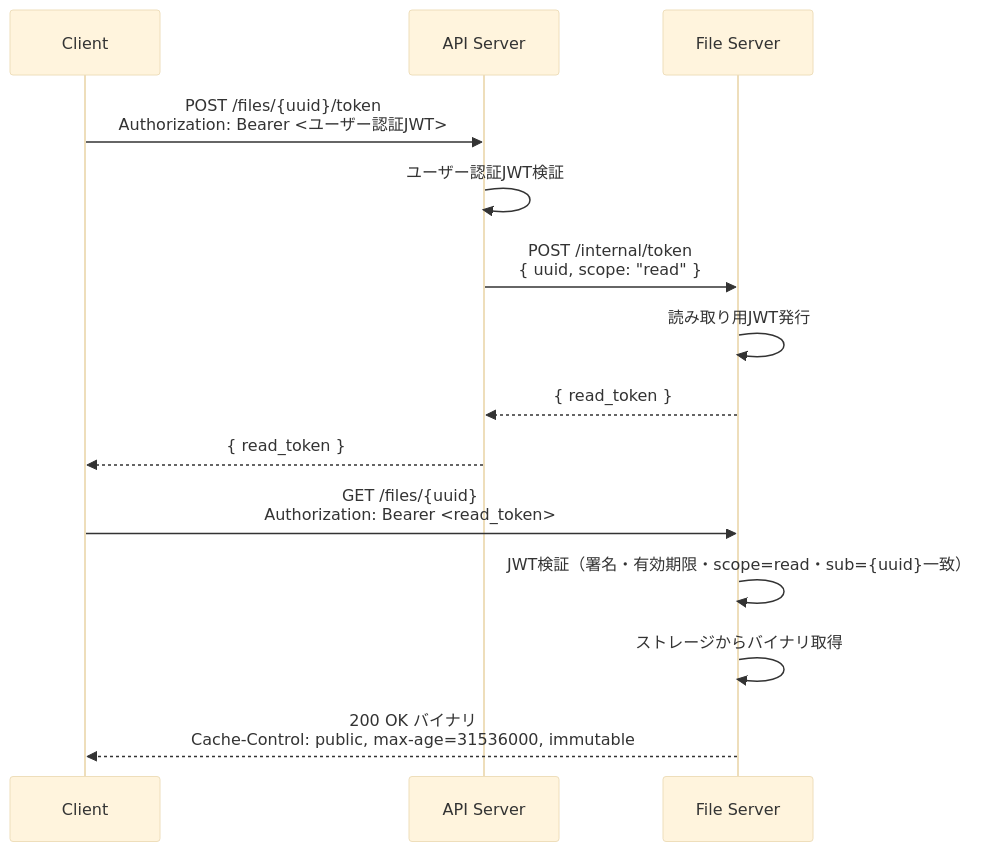
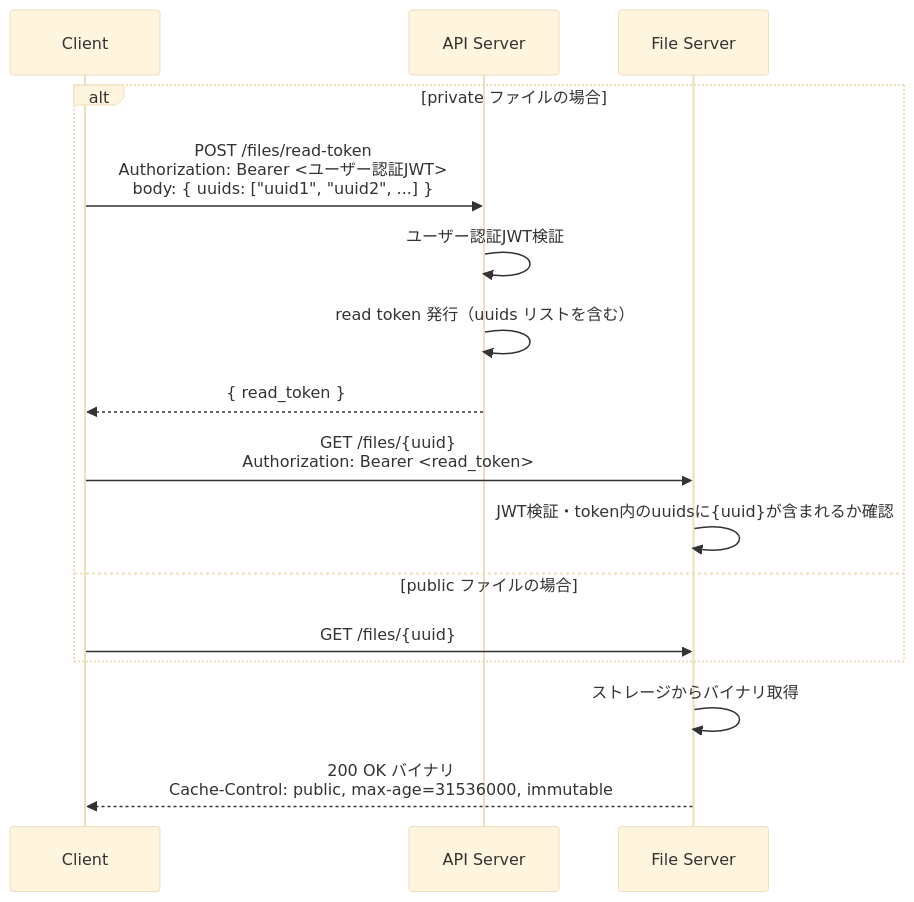
The third of 5 diagrams in docs/spec.md (kigawa01/kaft), drawn with Mermaid (base theme) before and after one commit. The commit also changed other lines of this file, not shown here.

Commit message:
plan: 設計を全面改訂（サーバー間認証・確定フロー・public/private・read token設計） refs #2

````diff
--- a/docs/spec.md
+++ b/docs/spec.md
@@ -138,18 +148,20 @@
 ```mermaid
 sequenceDiagram
     participant C as Client
     participant A as API Server
     participant F as File Server
 
-    C->>A: POST /files/{uuid}/token<br/>Authorization: Bearer <ユーザー認証JWT>
-    A->>A: ユーザー認証JWT検証
-    A->>F: POST /internal/token<br/>{ uuid, scope: "read" }
-    F->>F: 読み取り用JWT発行
-    F-->>A: { read_token }
-    A-->>C: { read_token }
+    alt private ファイルの場合
+        C->>A: POST /files/read-token<br/>Authorization: Bearer <ユーザー認証JWT><br/>body: { uuids: ["uuid1", "uuid2", ...] }
+        A->>A: ユーザー認証JWT検証
+        A->>A: read token 発行（uuids リストを含む）
+        A-->>C: { read_token }
+        C->>F: GET /files/{uuid}<br/>Authorization: Bearer <read_token>
+        F->>F: JWT検証・token内のuuidsに{uuid}が含まれるか確認
+    else public ファイルの場合
+        C->>F: GET /files/{uuid}
+    end
 
-    C->>F: GET /files/{uuid}<br/>Authorization: Bearer <read_token>
-    F->>F: JWT検証（署名・有効期限・scope=read・sub={uuid}一致）
     F->>F: ストレージからバイナリ取得
     F-->>C: 200 OK バイナリ<br/>Cache-Control: public, max-age=31536000, immutable
 ```
````
